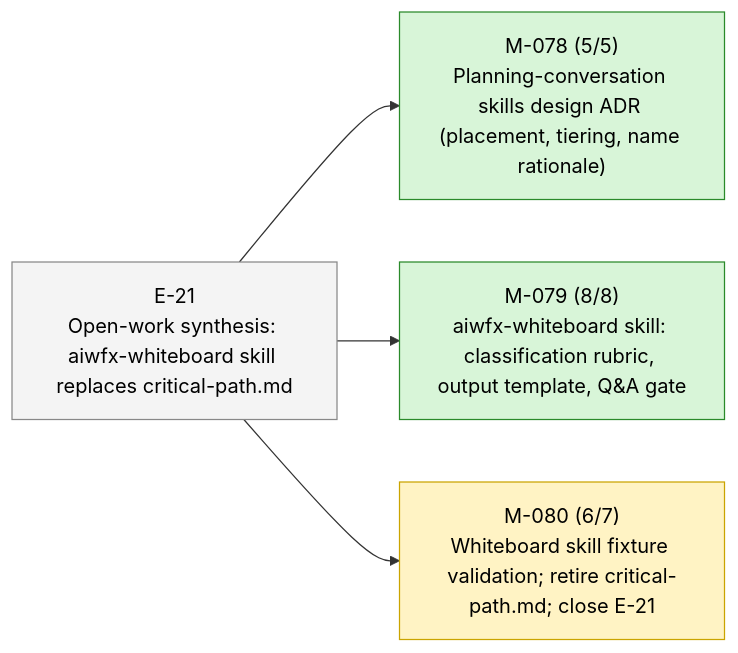
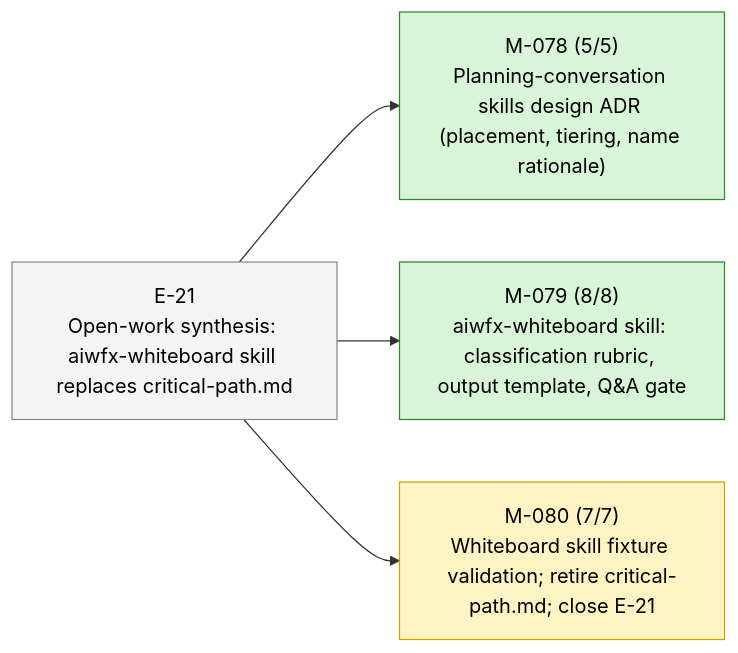
The second of 2 diagrams in STATUS.md (23min/aiwf), drawn with Mermaid before and after one commit. The commit also changed other lines of this file and 1 other file, not shown here.

````diff
--- a/STATUS.md
+++ b/STATUS.md
@@ -47,16 +47,16 @@
 ```mermaid
 flowchart LR
   E_21["E-21<br/>Open-work synthesis: aiwfx-whiteboard skill replaces critical-path.md"]:::epic_proposed
   M_078["M-078 (5/5)<br/>Planning-conversation skills design ADR (placement, tiering, name rationale)"]:::ms_done
   E_21 --> M_078
   M_079["M-079 (8/8)<br/>aiwfx-whiteboard skill: classification rubric, output template, Q&A gate"]:::ms_done
   E_21 --> M_079
-  M_080["M-080 (6/7)<br/>Whiteboard skill fixture validation; retire critical-path.md; close E-21"]:::ms_in_progress
+  M_080["M-080 (7/7)<br/>Whiteboard skill fixture validation; retire critical-path.md; close E-21"]:::ms_in_progress
   E_21 --> M_080
   classDef epic_active fill:#d6eaff,stroke:#1a73e8,color:#000
   classDef epic_proposed fill:#f4f4f4,stroke:#888,color:#000
   classDef ms_done fill:#d8f5d8,stroke:#2a8a2a,color:#000
   classDef ms_in_progress fill:#fff3c4,stroke:#caa400,color:#000
   classDef ms_draft fill:#f4f4f4,stroke:#888,color:#000
   classDef ms_cancelled fill:#fbeaea,stroke:#c33,color:#000
 ```
````
